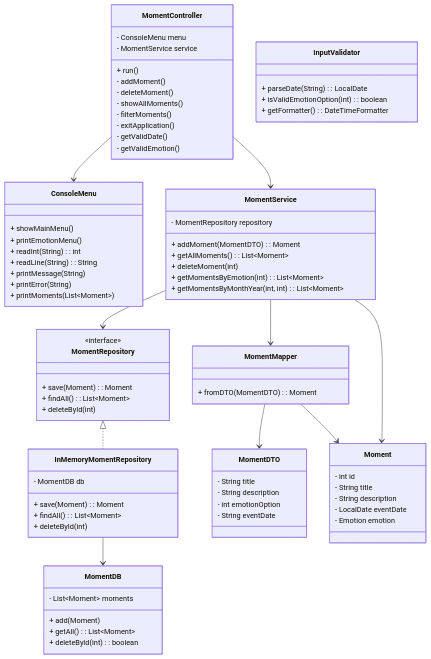
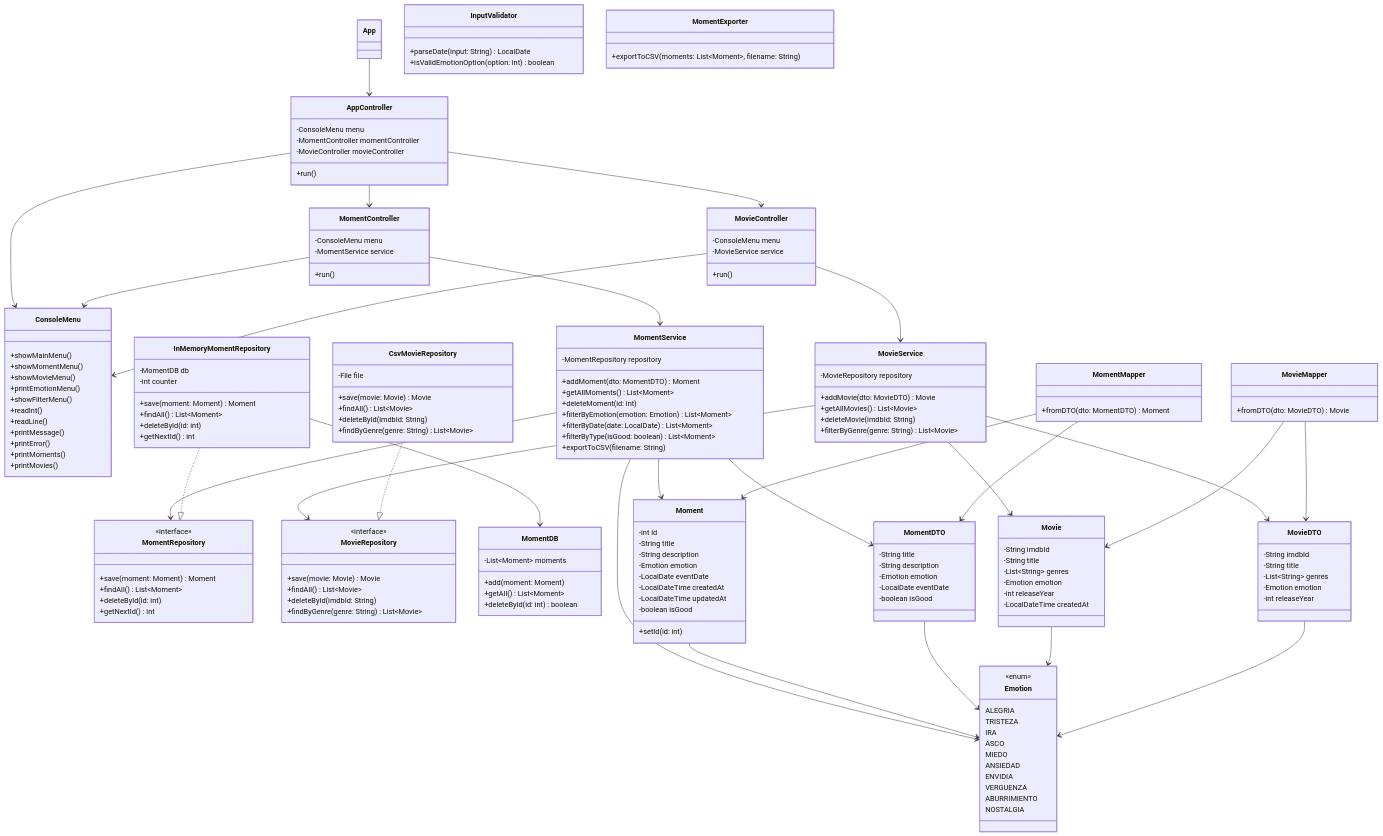
The diagram in README.md (miguelbac/project-java-consoleapp-inside-out), drawn with Mermaid before and after one commit.

````diff
--- a/README.md
+++ b/README.md
@@ -73,93 +73,193 @@
 ```mermaid
 classDiagram
-    %% Clases principales
+    class App
+
+    class AppController {
+        -ConsoleMenu menu
+        -MomentController momentController
+        -MovieController movieController
+        +run()
+    }
+
     class MomentController {
-        - ConsoleMenu menu
-        - MomentService service
-        + run()
-        - addMoment()
-        - deleteMoment()
-        - showAllMoments()
-        - filterMoments()
-        - exitApplication()
-        - getValidDate()
-        - getValidEmotion()
+        -ConsoleMenu menu
+        -MomentService service
+        +run()
+    }
+
+    class MovieController {
+        -ConsoleMenu menu
+        -MovieService service
+        +run()
+    }
+
+    class ConsoleMenu {
+        +showMainMenu()
+        +showMomentMenu()
+        +showMovieMenu()
+        +printEmotionMenu()
+        +showFilterMenu()
+        +readInt()
+        +readLine()
+        +printMessage()
+        +printError()
+        +printMoments()
+        +printMovies()
     }
 
     class MomentService {
-        - MomentRepository repository
-        + addMoment(MomentDTO) : Moment
-        + getAllMoments() : List~Moment~
-        + deleteMoment(int)
-        + getMomentsByEmotion(int) : List~Moment~
-        + getMomentsByMonthYear(int, int) : List~Moment~
+        -MomentRepository repository
+        +addMoment(dto: MomentDTO) Moment
+        +getAllMoments() List~Moment~
+        +deleteMoment(id: int)
+        +filterByEmotion(emotion: Emotion) List~Moment~
+        +filterByDate(date: LocalDate) List~Moment~
+        +filterByType(isGood: boolean) List~Moment~
+        +exportToCSV(filename: String)
+    }
+
+    class MovieService {
+        -MovieRepository repository
+        +addMovie(dto: MovieDTO) Movie
+        +getAllMovies() List~Movie~
+        +deleteMovie(imdbId: String)
+        +filterByGenre(genre: String) List~Movie~
     }
 
     class MomentRepository {
         <<interface>>
-        + save(Moment) : Moment
-        + findAll() : List~Moment~
-        + deleteById(int)
+        +save(moment: Moment) Moment
+        +findAll() List~Moment~
+        +deleteById(id: int)
+        +getNextId() int
+    }
+
+    class MovieRepository {
+        <<interface>>
+        +save(movie: Movie) Movie
+        +findAll() List~Movie~
+        +deleteById(imdbId: String)
+        +findByGenre(genre: String) List~Movie~
     }
 
     class InMemoryMomentRepository {
-        - MomentDB db
-        + save(Moment) : Moment
-        + findAll() : List~Moment~
-        + deleteById(int)
+        -MomentDB db
+        -int counter
+        +save(moment: Moment) Moment
+        +findAll() List~Moment~
+        +deleteById(id: int)
+        +getNextId() int
+    }
+
+    class CsvMovieRepository {
+        -File file
+        +save(movie: Movie) Movie
+        +findAll() List~Movie~
+        +deleteById(imdbId: String)
+        +findByGenre(genre: String) List~Movie~
     }
 
     class MomentDB {
-        - List~Moment~ moments
-        + add(Moment)
-        + getAll() : List~Moment~
-        + deleteById(int) : boolean
+        -List~Moment~ moments
+        +add(moment: Moment)
+        +getAll() List~Moment~
+        +deleteById(id: int) boolean
+    }
+
+    class MomentMapper {
+        +fromDTO(dto: MomentDTO) Moment
+    }
+
+    class MovieMapper {
+        +fromDTO(dto: MovieDTO) Movie
+    }
+
+    class Emotion {
+        <<enum>>
+        ALEGRIA
+        TRISTEZA
+        IRA
+        ASCO
+        MIEDO
+        ANSIEDAD
+        ENVIDIA
+        VERGUENZA
+        ABURRIMIENTO
+        NOSTALGIA
     }
 
     class Moment {
-        - int id
-        - String title
-        - String description
-        - LocalDate eventDate
-        - Emotion emotion
+        -int id
+        -String title
+        -String description
+        -Emotion emotion
+        -LocalDate eventDate
+        -LocalDateTime createdAt
+        -LocalDateTime updatedAt
+        -boolean isGood
+        +setId(id: int)
     }
 
     class MomentDTO {
-        - String title
-        - String description
-        - int emotionOption
-        - String eventDate
+        -String title
+        -String description
+        -Emotion emotion
+        -LocalDate eventDate
+        -boolean isGood
     }
 
-    class MomentMapper {
-        + fromDTO(MomentDTO) : Moment
+    class Movie {
+        -String imdbId
+        -String title
+        -List~String~ genres
+        -Emotion emotion
+        -int releaseYear
+        -LocalDateTime createdAt
     }
 
-    class ConsoleMenu {
-        + showMainMenu()
-        + printEmotionMenu()
-        + readInt(String) : int
-        + readLine(String) : String
-        + printMessage(String)
-        + printError(String)
-        + printMoments(List~Moment~)
+    class MovieDTO {
+        -String imdbId
+        -String title
+        -List~String~ genres
+        -Emotion emotion
+        -int releaseYear
     }
 
     class InputValidator {
-        + parseDate(String) : LocalDate
-        + isValidEmotionOption(int) : boolean
-        + getFormatter() : DateTimeFormatter
+        +parseDate(input: String) LocalDate
+        +isValidEmotionOption(option: int) boolean
+    }
+
+    class MomentExporter {
+        +exportToCSV(moments: List~Moment~, filename: String)
     }
 
     %% Relaciones
+    App --> AppController
+    AppController --> ConsoleMenu
+    AppController --> MomentController
+    AppController --> MovieController
     MomentController --> ConsoleMenu
     MomentController --> MomentService
+    MovieController --> ConsoleMenu
+    MovieController --> MovieService
     MomentService --> MomentRepository
+    MomentService --> Moment
+    MomentService --> MomentDTO
+    MomentService --> Emotion
+    MovieService --> MovieRepository
+    MovieService --> Movie
+    MovieService --> MovieDTO
+    InMemoryMomentRepository ..|> MomentRepository
+    CsvMovieRepository ..|> MovieRepository
     InMemoryMomentRepository --> MomentDB
-    MomentService --> MomentMapper
+    MomentMapper --> Moment
     MomentMapper --> MomentDTO
-    MomentMapper --> Moment
-    MomentService --> Moment
-    MomentRepository <|.. InMemoryMomentRepository
+    MovieMapper --> Movie
+    MovieMapper --> MovieDTO
+    Moment --> Emotion
+    MomentDTO --> Emotion
+    Movie --> Emotion
+    MovieDTO --> Emotion
 
 ```
````
